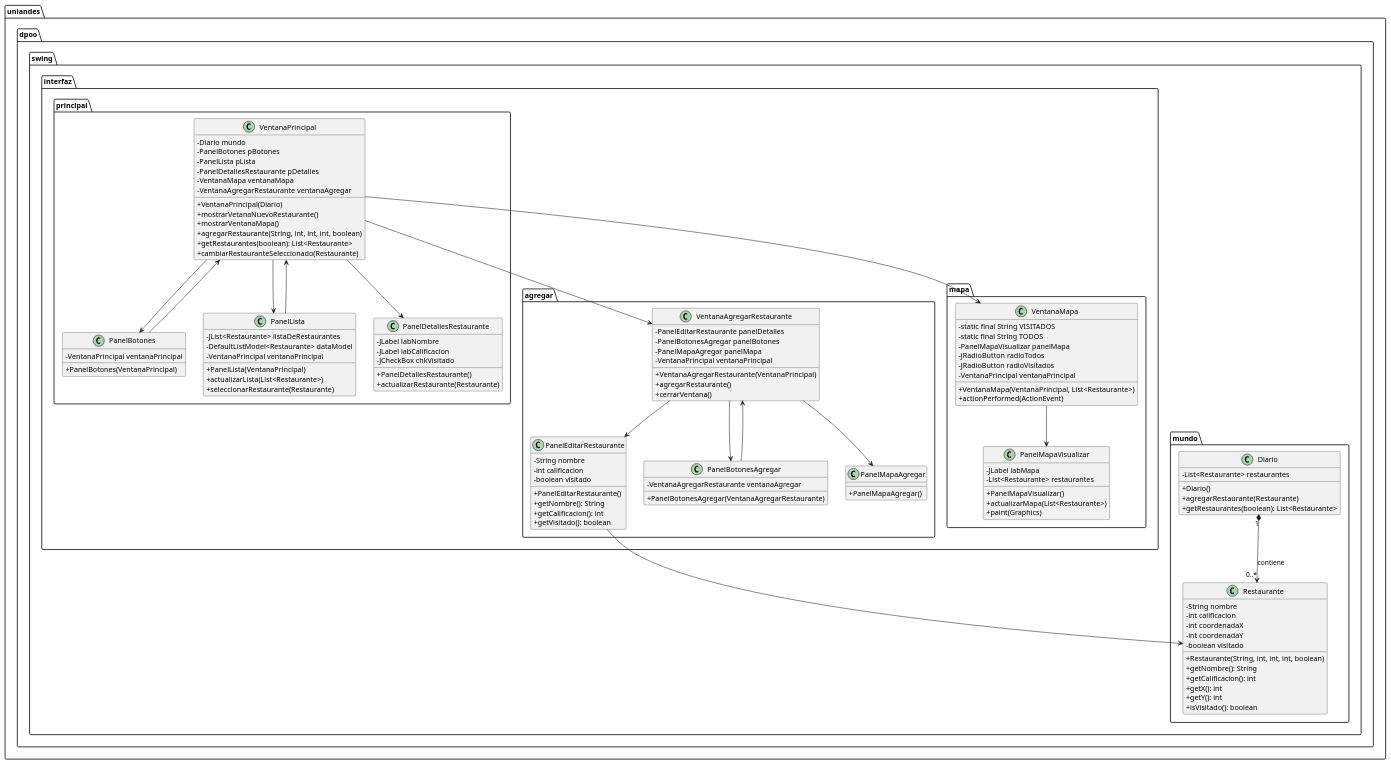
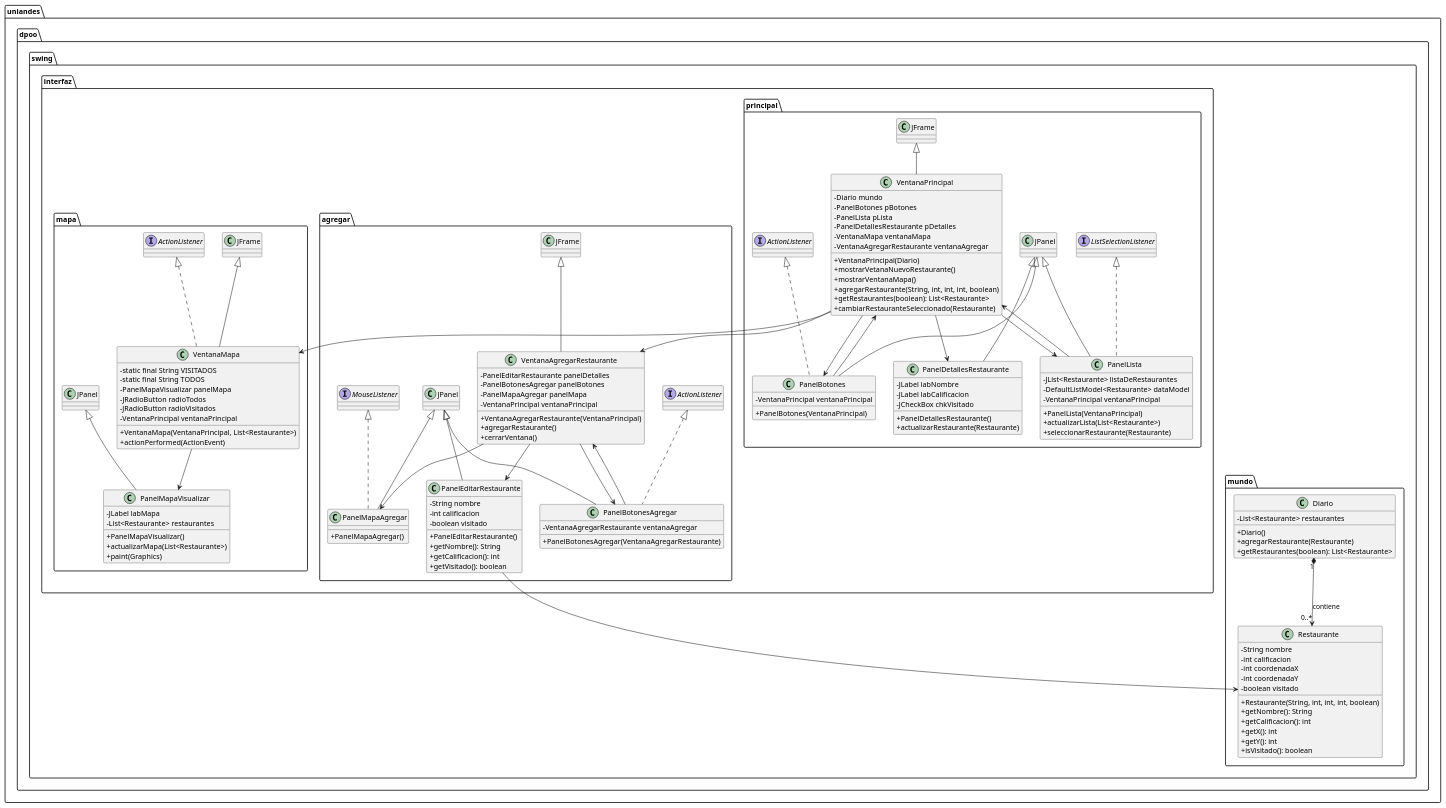
The diagram in Taller Swing Restaurantes Esqueleto/Diagrama_UML/UML.puml (OscarEduardoMartinezAcevedo/Taller6DPOO2024-2), drawn with PlantUML before and after one commit. The commit also changed 1 other file, not shown here.

Commit message:
Actualizacion UML
extends e implements agregados

```diff
--- a/Taller Swing Restaurantes Esqueleto/Diagrama_UML/UML.puml
+++ b/Taller Swing Restaurantes Esqueleto/Diagrama_UML/UML.puml
@@ -1,146 +1,146 @@
 @startuml
 skinparam classAttributeIconSize 0
 
 package "uniandes.dpoo.swing.mundo" {
     class Restaurante {
         - String nombre
         - int calificacion
         - int coordenadaX
         - int coordenadaY
         - boolean visitado
 
         + Restaurante(String, int, int, int, boolean)
         + getNombre(): String
         + getCalificacion(): int
         + getX(): int
         + getY(): int
         + isVisitado(): boolean
     }
 
     class Diario {
         - List<Restaurante> restaurantes
 
         + Diario()
         + agregarRestaurante(Restaurante)
         + getRestaurantes(boolean): List<Restaurante>
     }
 }
 
 package "uniandes.dpoo.swing.interfaz.principal" {
-    class VentanaPrincipal {
+    class VentanaPrincipal extends JFrame {
         - Diario mundo
         - PanelBotones pBotones
         - PanelLista pLista
         - PanelDetallesRestaurante pDetalles
         - VentanaMapa ventanaMapa
         - VentanaAgregarRestaurante ventanaAgregar
 
         + VentanaPrincipal(Diario)
         + mostrarVetanaNuevoRestaurante()
         + mostrarVentanaMapa()
         + agregarRestaurante(String, int, int, int, boolean)
         + getRestaurantes(boolean): List<Restaurante>
         + cambiarRestauranteSeleccionado(Restaurante)
     }
 
-    class PanelBotones {
+    class PanelBotones extends JPanel implements ActionListener{
         - VentanaPrincipal ventanaPrincipal
         + PanelBotones(VentanaPrincipal)
     }
 
-    class PanelLista {
+    class PanelLista extends JPanel implements ListSelectionListener{
         - JList<Restaurante> listaDeRestaurantes
         - DefaultListModel<Restaurante> dataModel
         - VentanaPrincipal ventanaPrincipal
 
         + PanelLista(VentanaPrincipal)
         + actualizarLista(List<Restaurante>)
         + seleccionarRestaurante(Restaurante)
     }
 
-    class PanelDetallesRestaurante {
+    class PanelDetallesRestaurante extends JPanel{
         - JLabel labNombre
         - JLabel labCalificacion
         - JCheckBox chkVisitado
 
         + PanelDetallesRestaurante()
         + actualizarRestaurante(Restaurante)
     }
 }
 
 package "uniandes.dpoo.swing.interfaz.agregar" {
-    class VentanaAgregarRestaurante {
+    class VentanaAgregarRestaurante extends JFrame{
         - PanelEditarRestaurante panelDetalles
         - PanelBotonesAgregar panelBotones
         - PanelMapaAgregar panelMapa
         - VentanaPrincipal ventanaPrincipal
 
         + VentanaAgregarRestaurante(VentanaPrincipal)
         + agregarRestaurante()
         + cerrarVentana()
     }
 
-    class PanelEditarRestaurante {
+    class PanelEditarRestaurante extends JPanel{
         - String nombre
         - int calificacion
         - boolean visitado
 
         + PanelEditarRestaurante()
         + getNombre(): String
         + getCalificacion(): int
         + getVisitado(): boolean
     }
 
-    class PanelBotonesAgregar {
+    class PanelBotonesAgregar extends JPanel implements ActionListener{
         - VentanaAgregarRestaurante ventanaAgregar
         + PanelBotonesAgregar(VentanaAgregarRestaurante)
     }
 
-    class PanelMapaAgregar {
+    class PanelMapaAgregar extends JPanel implements MouseListener{
         + PanelMapaAgregar()
     }
 }
 
 package "uniandes.dpoo.swing.interfaz.mapa" {
-    class VentanaMapa {
+    class VentanaMapa extends JFrame implements ActionListener{
         - static final String VISITADOS
         - static final String TODOS
         - PanelMapaVisualizar panelMapa
         - JRadioButton radioTodos
         - JRadioButton radioVisitados
         - VentanaPrincipal ventanaPrincipal
 
         + VentanaMapa(VentanaPrincipal, List<Restaurante>)
         + actionPerformed(ActionEvent)
     }
 
-    class PanelMapaVisualizar {
+    class PanelMapaVisualizar extends JPanel{
         - JLabel labMapa
         - List<Restaurante> restaurantes
 
         + PanelMapaVisualizar()
         + actualizarMapa(List<Restaurante>)
         + paint(Graphics)
     }
 }
 
 ' Relaciones entre las clases
 VentanaPrincipal --> PanelBotones
 VentanaPrincipal --> PanelLista
 VentanaPrincipal --> PanelDetallesRestaurante
 VentanaPrincipal --> VentanaMapa
 VentanaPrincipal --> VentanaAgregarRestaurante
 
 VentanaAgregarRestaurante --> PanelEditarRestaurante
 VentanaAgregarRestaurante --> PanelBotonesAgregar
 VentanaAgregarRestaurante --> PanelMapaAgregar
 
 VentanaMapa --> PanelMapaVisualizar
 
 PanelLista --> VentanaPrincipal
 PanelBotones --> VentanaPrincipal
 PanelBotonesAgregar --> VentanaAgregarRestaurante
 PanelEditarRestaurante --> Restaurante
 
 Diario "1" *--> "0..*" Restaurante : contiene
 @enduml
```
